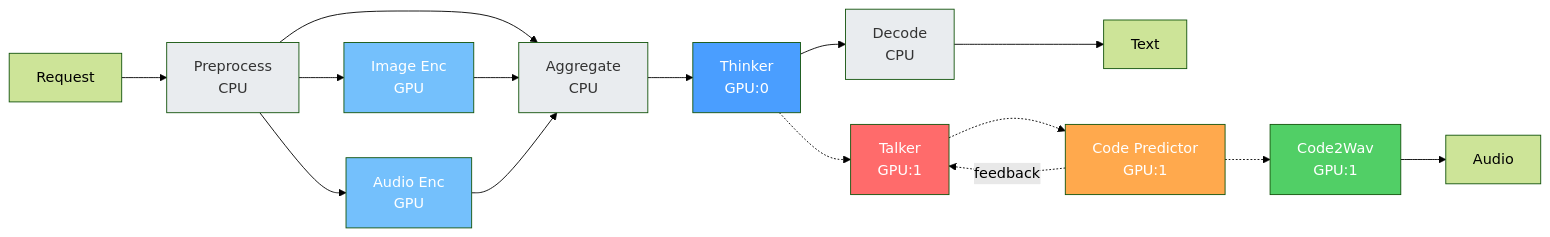
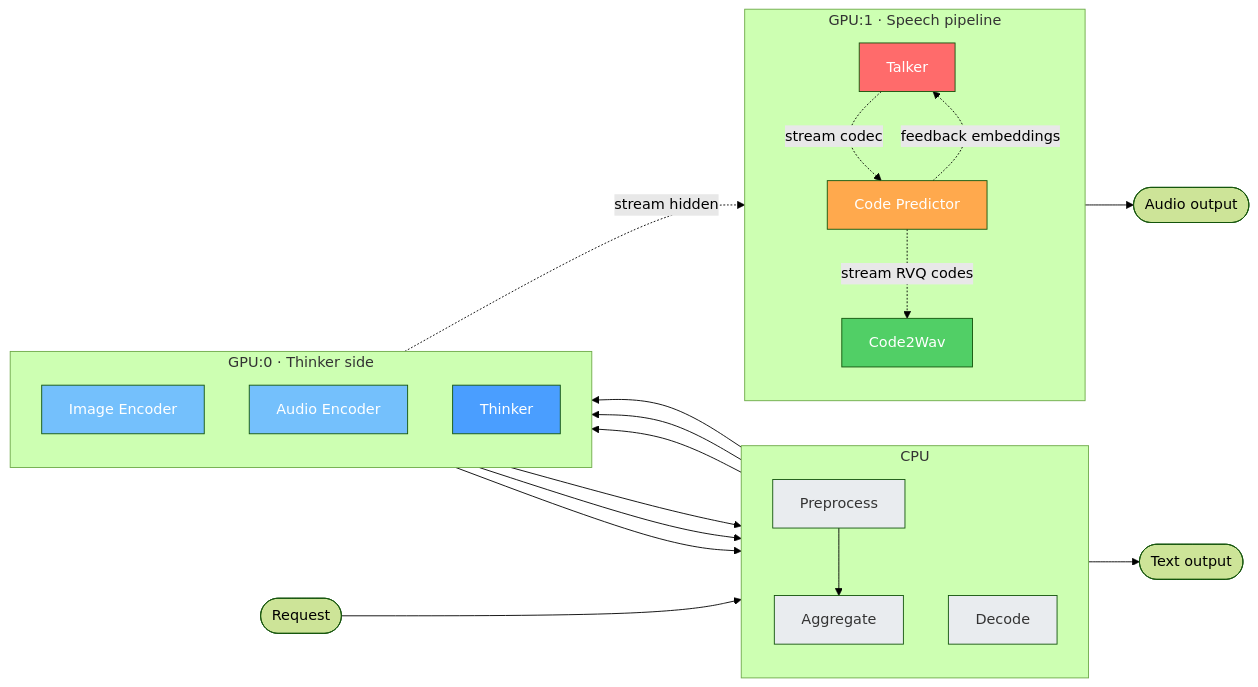
One commit to zhaochenyang20/Awesome-ML-SYS-Tutorial changed the second of 27 diagrams in sglang/sglang-omni/README.md. Above: the diagram before and after it, drawn with Mermaid (forest theme). The commit also changed other lines of this file, not shown here.

First line of the commit message:
docs(sglang-omni): use single-line mermaid labels and redraw multi-model diagram with subgraphs

````diff
--- a/sglang/sglang-omni/README.md
+++ b/sglang/sglang-omni/README.md
@@ -65,29 +65,49 @@
 ```mermaid
 graph LR
-    A["Request"] --> Pre["`Preprocess
-CPU`"]
-    Pre --> IE["`Image Enc
-GPU`"] & AE["`Audio Enc
-GPU`"]
-    Pre & IE & AE --> Agg["`Aggregate
-CPU`"]
-    Agg --> Th["`Thinker
-GPU:0`"]
-    Th --> Dec["`Decode
-CPU`"] --> R1["Text"]
-    Th -.-> Tk["`Talker
-GPU:1`"] -.-> CP["`Code Predictor
-GPU:1`"] -.-> CW["`Code2Wav
-GPU:1`"] --> R2["Audio"]
-    CP -.-> |feedback| Tk
+    Req([Request])
+
+    subgraph CPU["CPU"]
+        direction TB
+        Pre[Preprocess]
+        Agg[Aggregate]
+        Dec[Decode]
+    end
+
+    subgraph G0["GPU:0 · Thinker side"]
+        direction TB
+        IE[Image Encoder]
+        AE[Audio Encoder]
+        Th[Thinker]
+    end
+
+    subgraph G1["GPU:1 · Speech pipeline"]
+        direction TB
+        Tk[Talker]
+        CP[Code Predictor]
+        CW[Code2Wav]
+    end
+
+    Req --> Pre
+    Pre --> IE
+    Pre --> AE
+    Pre --> Agg
+    IE --> Agg
+    AE --> Agg
+    Agg --> Th
+    Th --> Dec --> TextOut([Text output])
+    Th -.->|stream hidden| Tk
+    Tk -.->|stream codec| CP
+    CP -.->|stream RVQ codes| CW
+    CW --> AudioOut([Audio output])
+    CP -.->|feedback embeddings| Tk
 
     style Pre fill:#e9ecef,color:#333
+    style Agg fill:#e9ecef,color:#333
+    style Dec fill:#e9ecef,color:#333
     style IE fill:#74c0fc,color:#fff
     style AE fill:#74c0fc,color:#fff
-    style Agg fill:#e9ecef,color:#333
     style Th fill:#4a9eff,color:#fff
-    style Dec fill:#e9ecef,color:#333
     style Tk fill:#ff6b6b,color:#fff
     style CP fill:#ffa94d,color:#fff
     style CW fill:#51cf66,color:#fff
 ```
````
